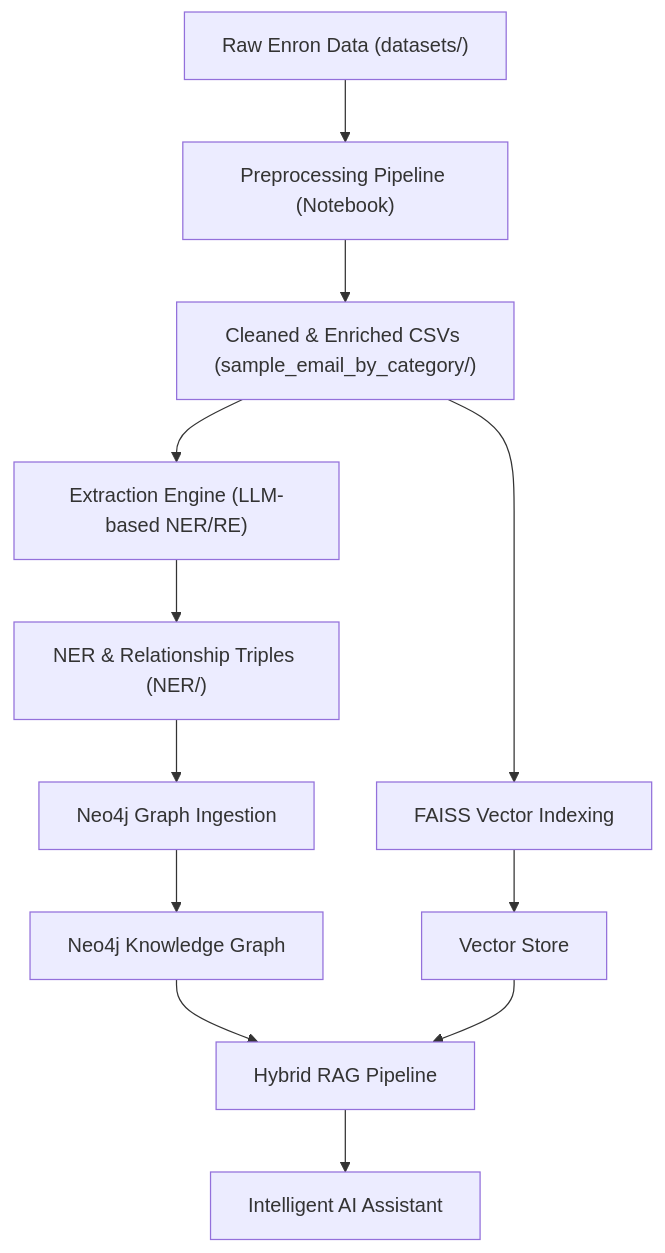
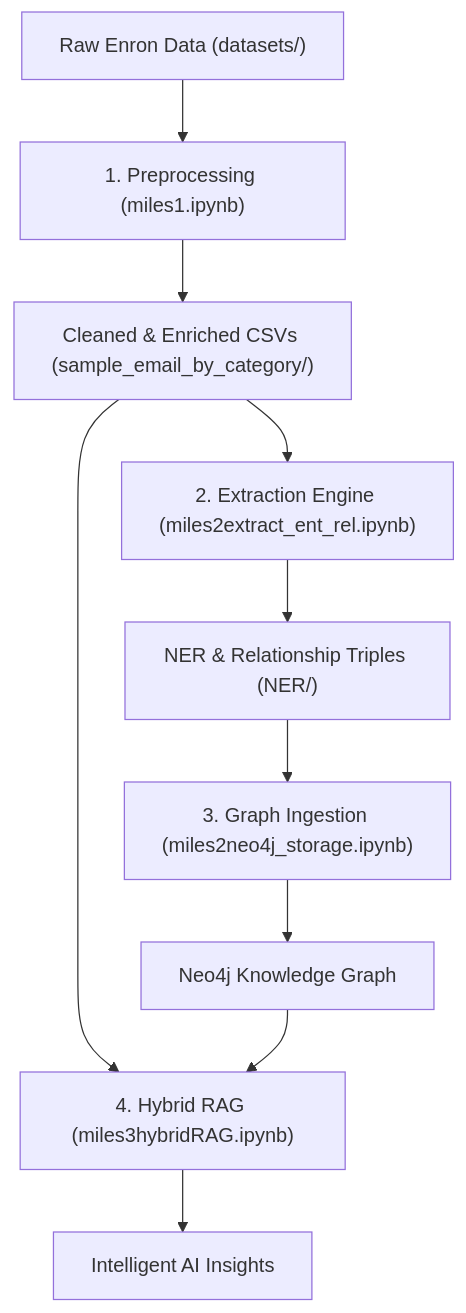
Before and after one commit to Juxtpawan/AI-based-Knowledge-Graph-Builder-for-Enterprise-Intelligence: the diagram in README.md, drawn with Mermaid. The commit also changed other lines of this file and 11 other files, not shown here.

````diff
--- a/README.md
+++ b/README.md
@@ -11,14 +11,12 @@
 ```mermaid
 graph TD
-    A["Raw Enron Data (datasets/)"] --> B["Preprocessing Pipeline (Notebook)"]
+    A["Raw Enron Data (datasets/)"] --> B["1. Preprocessing (miles1.ipynb)"]
     B --> C["Cleaned & Enriched CSVs (sample_email_by_category/)"]
-    C --> D["Extraction Engine (LLM-based NER/RE)"]
+    C --> D["2. Extraction Engine (miles2extract_ent_rel.ipynb)"]
     D --> E["NER & Relationship Triples (NER/)"]
-    E --> F["Neo4j Graph Ingestion"]
+    E --> F["3. Graph Ingestion (miles2neo4j_storage.ipynb)"]
     F --> G["Neo4j Knowledge Graph"]
-    C --> H["FAISS Vector Indexing"]
-    H --> I["Vector Store"]
-    G --> J["Hybrid RAG Pipeline"]
-    I --> J
-    J --> K["Intelligent AI Assistant"]
+    C --> H["4. Hybrid RAG (miles3hybridRAG.ipynb)"]
+    G --> H
+    H --> I["Intelligent AI Insights"]
 ```
````
